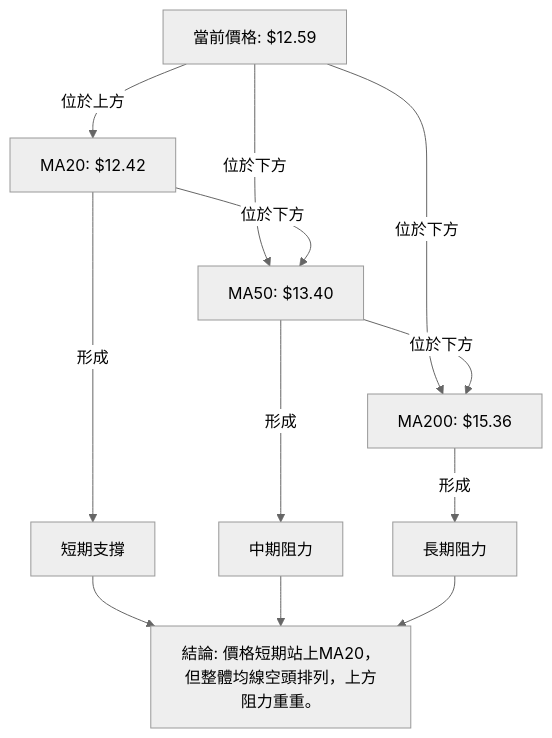
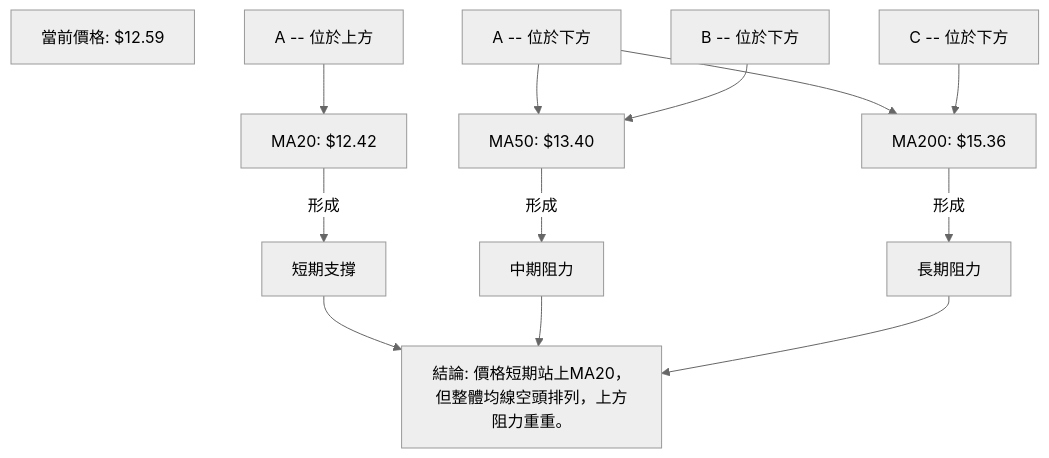
The seventh of 7 diagrams in ai_gen_report/stock/nu/technical_analysis_2026-06-24_gemini.md (yennanliu/finance_data), drawn with Mermaid (neutral theme) before and after one commit. The commit also changed other lines of this file and 2258 other files, not shown here.

First line of the commit message:
chore: backfill Mermaid syntax repair across existing reports

````diff
--- a/ai_gen_report/stock/nu/technical_analysis_2026-06-24_gemini.md
+++ b/ai_gen_report/stock/nu/technical_analysis_2026-06-24_gemini.md
@@ -405,20 +405,20 @@
 ```mermaid
 graph TD
-    A[當前價格: $12.59]
-    B[MA20: $12.42]
-    C[MA50: $13.40]
-    D[MA200: $15.36]
+    A["當前價格: $12.59"]
+    B["MA20: $12.42"]
+    C["MA50: $13.40"]
+    D["MA200: $15.36"]
 
-    A -- 位於上方 --> B
-    A -- 位於下方 --> C
-    A -- 位於下方 --> D
+    nb1["A -- 位於上方"] --> B
+    nb2["A -- 位於下方"] --> C
+    nb2["A -- 位於下方"] --> D
 
-    B -- 位於下方 --> C
-    C -- 位於下方 --> D
+    nb3["B -- 位於下方"] --> C
+    nb4["C -- 位於下方"] --> D
 
-    B -->|形成| E[短期支撐]
-    C -->|形成| F[中期阻力]
-    D -->|形成| G[長期阻力]
+    B -->|"形成"| E["短期支撐"]
+    C -->|"形成"| F["中期阻力"]
+    D -->|"形成"| G["長期阻力"]
 
-    E & F & G --> H[結論: 價格短期站上MA20，但整體均線空頭排列，上方阻力重重。]
+    E & F & G --> H["結論: 價格短期站上MA20，但整體均線空頭排列，上方阻力重重。"]
 ```
````
